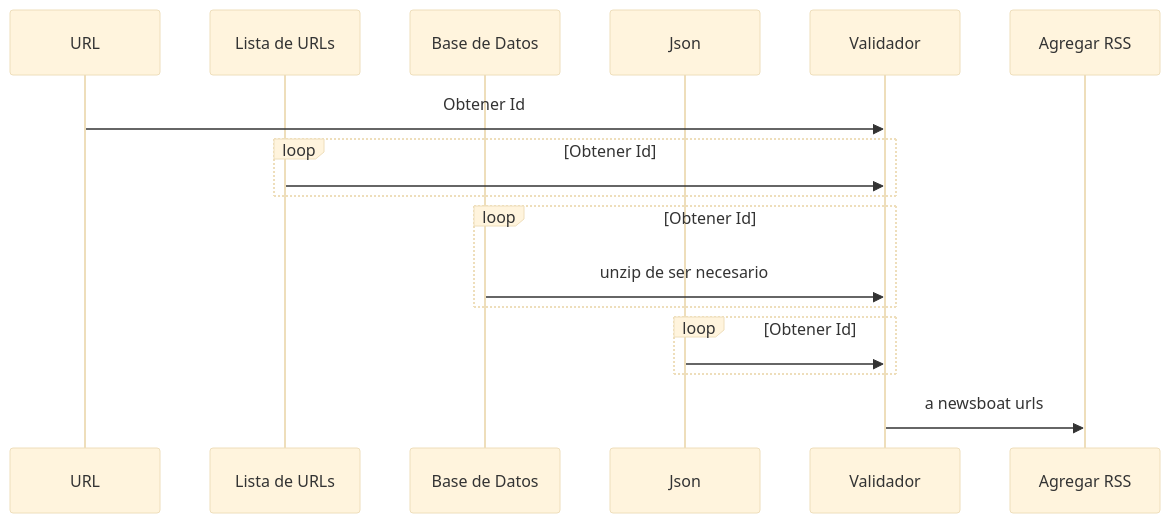
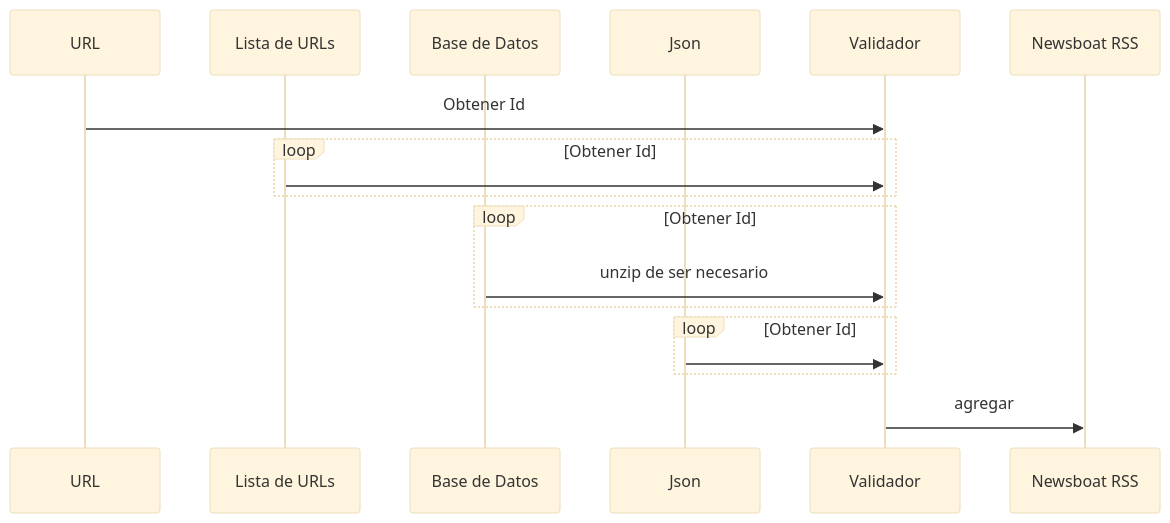
One commit to DevFzn/Newsboat_Youtube_Feed changed the diagram in README.md. Above: the diagram before and after it, drawn with Mermaid (base theme).

Commit message:
ed: README
cambio nombre actor

````diff
--- a/README.md
+++ b/README.md
@@ -54,20 +54,20 @@
 ```mermaid
 sequenceDiagram
     participant URL
     participant Lista de URLs
     participant Base de Datos
     participant Json
     participant Validador
-    participant Agregar RSS
+    participant Newsboat RSS
     URL->>Validador: Obtener Id
     loop Obtener Id 
         Lista de URLs->>Validador: 
     end
     loop Obtener Id
         Base de Datos->>Validador: unzip de ser necesario
     end
     loop Obtener Id
         Json->>Validador: 
     end
-    Validador->>Agregar RSS: a newsboat urls
+    Validador->>Newsboat RSS: agregar
 ```
````
